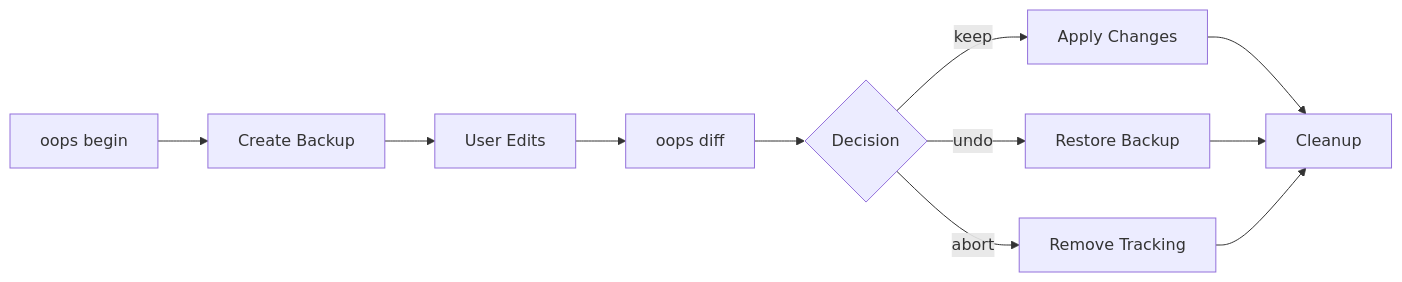
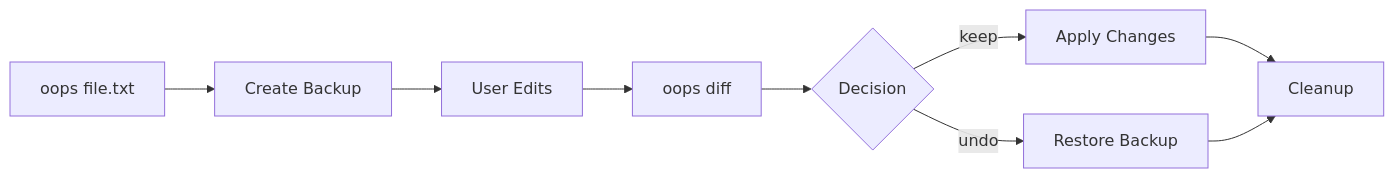
One commit to iyulab/oops changed the diagram in docs/ARCHETECTURE.md. Above: the diagram before and after it, drawn with Mermaid. The commit also changed other lines of this file and 3 other files, not shown here.

Commit message:
Refactor documentation to simplify command structure and update phase plans for 5-command architecture

````diff
--- a/docs/ARCHETECTURE.md
+++ b/docs/ARCHETECTURE.md
@@ -84,13 +83,11 @@
 ```mermaid
 graph LR
-    A[oops begin] --> B[Create Backup]
+    A[oops file.txt] --> B[Create Backup]
     B --> C[User Edits]
     C --> D[oops diff]
     D --> E{Decision}
     E -->|keep| F[Apply Changes]
     E -->|undo| G[Restore Backup]
-    E -->|abort| H[Remove Tracking]
     F --> I[Cleanup]
     G --> I
-    H --> I
 ```
````
